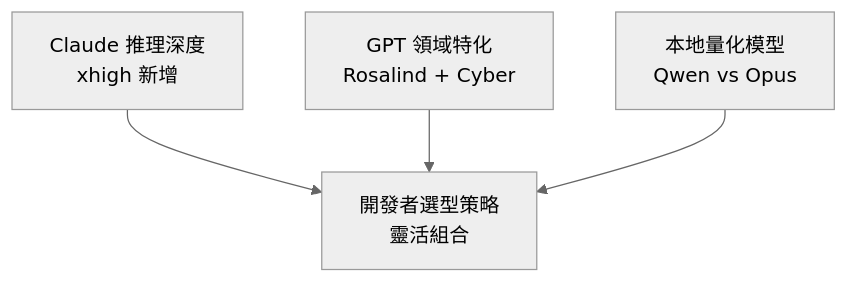
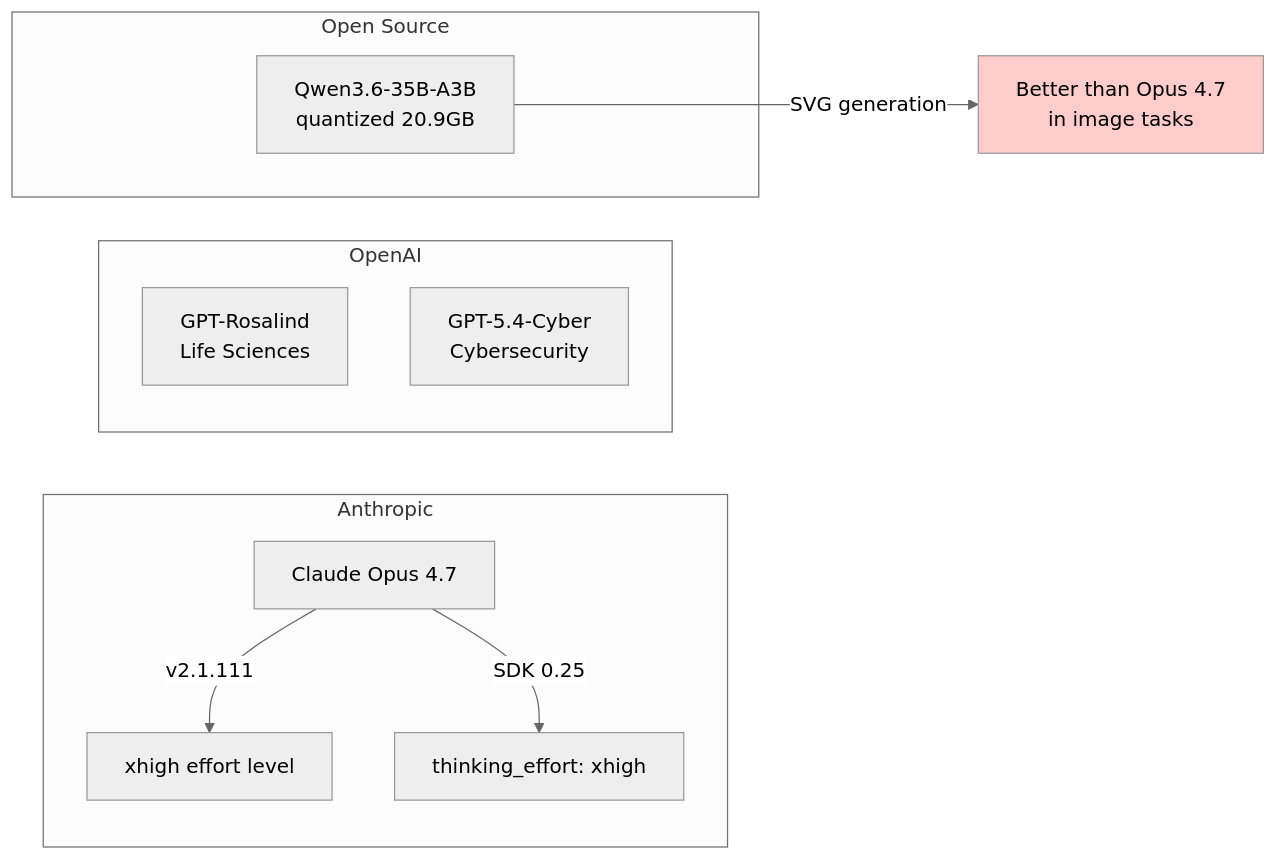
The diagram in 20-daily/2026-04-16.md (nick-xrex/ai-daily-content), drawn with Mermaid (neutral theme) before and after one commit. The commit also changed other lines of this file and 58 other files, not shown here.

````diff
--- a/20-daily/2026-04-16.md
+++ b/20-daily/2026-04-16.md
@@ -39,11 +49,17 @@
 ```mermaid
-graph TD
-    A["Claude 推理深度<br/>xhigh 新增"]
-    B["GPT 領域特化<br/>Rosalind + Cyber"]
-    C["本地量化模型<br/>Qwen vs Opus"]
-    D["開發者選型策略<br/>靈活組合"]
-    
-    A --> D
-    B --> D
-    C --> D
+graph LR
+    subgraph Anthropic["Anthropic"]
+        O47[Claude Opus 4.7]
+        O47 -->|v2.1.111| xhigh[xhigh effort level]
+        O47 -->|SDK 0.25| thinking[thinking_effort: xhigh]
+    end
+    subgraph OpenAI["OpenAI"]
+        Rosalind["GPT-Rosalind<br/>Life Sciences"]
+        Cyber["GPT-5.4-Cyber<br/>Cybersecurity"]
+    end
+    subgraph Local["Open Source"]
+        Qwen["Qwen3.6-35B-A3B<br/>quantized 20.9GB"]
+    end
+    Qwen -->|SVG generation| Better["Better than Opus 4.7<br/>in image tasks"]
+    style Better fill:#ffcccc
 ```
````
